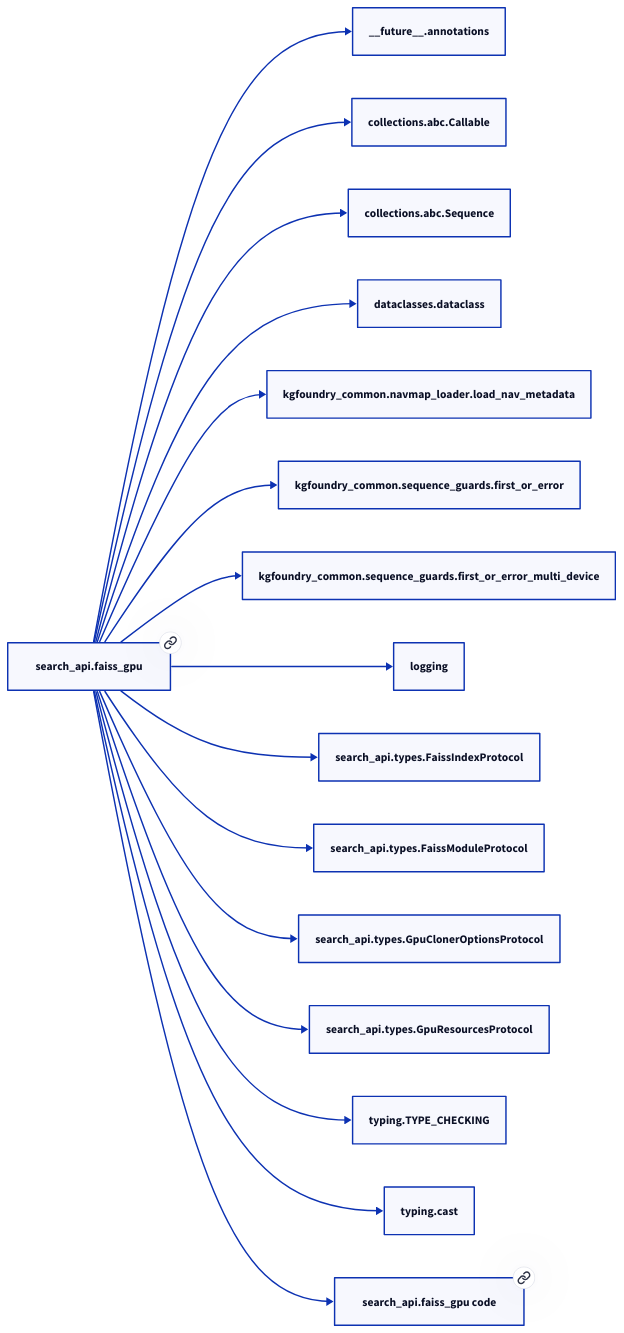
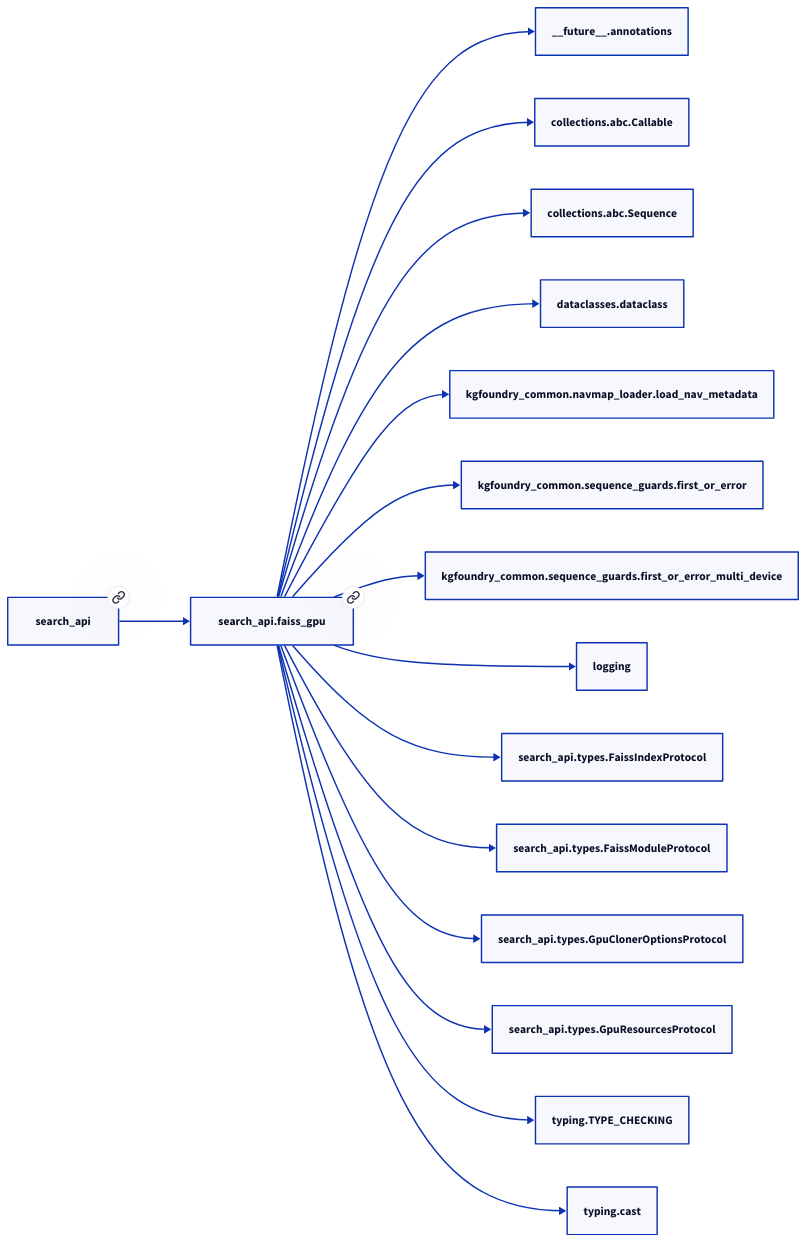
Before and after one commit to paul-heyse/kgforge: the second of 2 diagrams in docs/modules/search_api/faiss_gpu.md, drawn with D2. The commit also changed other lines of this file and 208 other files, not shown here.

````diff
--- a/docs/modules/search_api/faiss_gpu.md
+++ b/docs/modules/search_api/faiss_gpu.md
@@ -49,34 +53,34 @@
 ```d2
 direction: right
-"search_api.faiss_gpu": "search_api.faiss_gpu" { link: "./search_api/faiss_gpu.md" }
+"search_api.faiss_gpu": "search_api.faiss_gpu" { link: "https://github.com/paul-heyse/kgfoundry/blob/main/src/search_api/faiss_gpu.py" }
 "__future__.annotations": "__future__.annotations"
 "search_api.faiss_gpu" -> "__future__.annotations"
 "collections.abc.Callable": "collections.abc.Callable"
 "search_api.faiss_gpu" -> "collections.abc.Callable"
 "collections.abc.Sequence": "collections.abc.Sequence"
 "search_api.faiss_gpu" -> "collections.abc.Sequence"
 "dataclasses.dataclass": "dataclasses.dataclass"
 "search_api.faiss_gpu" -> "dataclasses.dataclass"
 "kgfoundry_common.navmap_loader.load_nav_metadata": "kgfoundry_common.navmap_loader.load_nav_metadata"
 "search_api.faiss_gpu" -> "kgfoundry_common.navmap_loader.load_nav_metadata"
 "kgfoundry_common.sequence_guards.first_or_error": "kgfoundry_common.sequence_guards.first_or_error"
 "search_api.faiss_gpu" -> "kgfoundry_common.sequence_guards.first_or_error"
 "kgfoundry_common.sequence_guards.first_or_error_multi_device": "kgfoundry_common.sequence_guards.first_or_error_multi_device"
 "search_api.faiss_gpu" -> "kgfoundry_common.sequence_guards.first_or_error_multi_device"
 "logging": "logging"
 "search_api.faiss_gpu" -> "logging"
 "search_api.types.FaissIndexProtocol": "search_api.types.FaissIndexProtocol"
 "search_api.faiss_gpu" -> "search_api.types.FaissIndexProtocol"
 "search_api.types.FaissModuleProtocol": "search_api.types.FaissModuleProtocol"
 "search_api.faiss_gpu" -> "search_api.types.FaissModuleProtocol"
 "search_api.types.GpuClonerOptionsProtocol": "search_api.types.GpuClonerOptionsProtocol"
 "search_api.faiss_gpu" -> "search_api.types.GpuClonerOptionsProtocol"
 "search_api.types.GpuResourcesProtocol": "search_api.types.GpuResourcesProtocol"
 "search_api.faiss_gpu" -> "search_api.types.GpuResourcesProtocol"
 "typing.TYPE_CHECKING": "typing.TYPE_CHECKING"
 "search_api.faiss_gpu" -> "typing.TYPE_CHECKING"
 "typing.cast": "typing.cast"
 "search_api.faiss_gpu" -> "typing.cast"
-"search_api.faiss_gpu_code": "search_api.faiss_gpu code" { link: "https://github.com/kgfoundry/kgfoundry/blob/main/src/search_api/faiss_gpu.py" }
-"search_api.faiss_gpu" -> "search_api.faiss_gpu_code" { style: dashed }
+"search_api": "search_api" { link: "https://github.com/paul-heyse/kgfoundry/blob/main/src/search_api/__init__.py" }
+"search_api" -> "search_api.faiss_gpu" { style: dashed }
 ```
````
